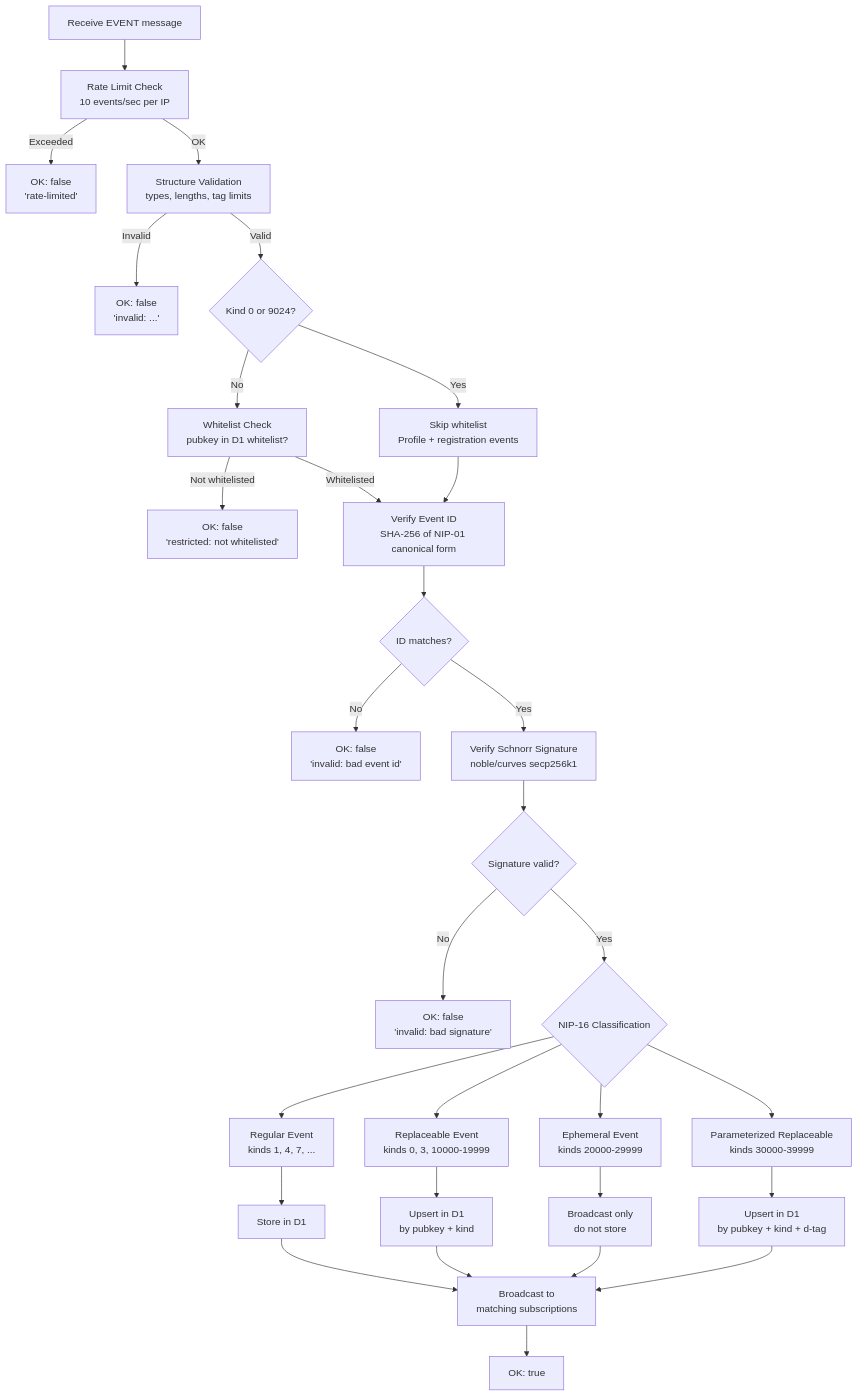
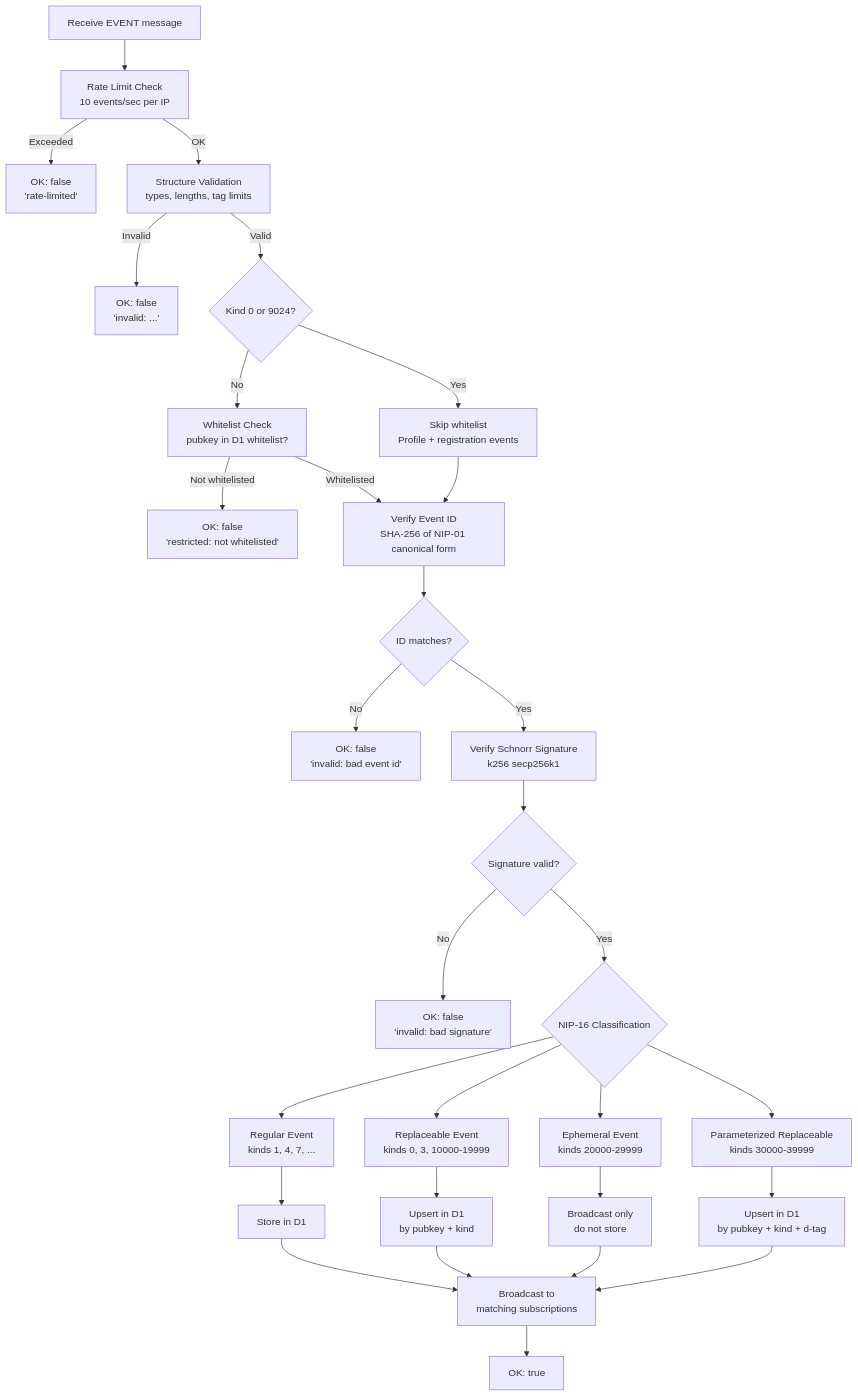
Before and after one commit to DreamLab-AI/dreamlab-ai-website: the second of 4 diagrams in docs/api/NOSTR_RELAY.md, drawn with Mermaid. The commit also changed other lines of this file and 32 other files, not shown here.

````diff
--- a/docs/api/NOSTR_RELAY.md
+++ b/docs/api/NOSTR_RELAY.md
@@ -99,39 +101,39 @@
 ```mermaid
 flowchart TD
     RECEIVE[Receive EVENT message] --> RATE[Rate Limit Check<br/>10 events/sec per IP]
     RATE -- Exceeded --> REJECT_RATE["OK: false<br/>'rate-limited'"]
     RATE -- OK --> STRUCT[Structure Validation<br/>types, lengths, tag limits]
     STRUCT -- Invalid --> REJECT_STRUCT["OK: false<br/>'invalid: ...'"]
     STRUCT -- Valid --> KIND_CHECK{Kind 0 or 9024?}
 
     KIND_CHECK -- Yes --> SKIP_WL[Skip whitelist<br/>Profile + registration events]
     KIND_CHECK -- No --> WL[Whitelist Check<br/>pubkey in D1 whitelist?]
 
     WL -- Not whitelisted --> REJECT_WL["OK: false<br/>'restricted: not whitelisted'"]
     WL -- Whitelisted --> VERIFY_ID
     SKIP_WL --> VERIFY_ID
 
     VERIFY_ID[Verify Event ID<br/>SHA-256 of NIP-01 canonical form] --> ID_OK{ID matches?}
     ID_OK -- No --> REJECT_ID["OK: false<br/>'invalid: bad event id'"]
-    ID_OK -- Yes --> VERIFY_SIG[Verify Schnorr Signature<br/>noble/curves secp256k1]
+    ID_OK -- Yes --> VERIFY_SIG[Verify Schnorr Signature<br/>k256 secp256k1]
     VERIFY_SIG --> SIG_OK{Signature valid?}
     SIG_OK -- No --> REJECT_SIG["OK: false<br/>'invalid: bad signature'"]
 
     SIG_OK -- Yes --> NIP16{NIP-16 Classification}
 
     NIP16 --> REGULAR[Regular Event<br/>kinds 1, 4, 7, ...]
     NIP16 --> REPLACEABLE[Replaceable Event<br/>kinds 0, 3, 10000-19999]
     NIP16 --> EPHEMERAL[Ephemeral Event<br/>kinds 20000-29999]
     NIP16 --> PARAM_REPLACE[Parameterized Replaceable<br/>kinds 30000-39999]
 
     REGULAR --> STORE[Store in D1]
     REPLACEABLE --> UPSERT[Upsert in D1<br/>by pubkey + kind]
     EPHEMERAL --> BROADCAST_ONLY[Broadcast only<br/>do not store]
     PARAM_REPLACE --> UPSERT_D[Upsert in D1<br/>by pubkey + kind + d-tag]
 
     STORE --> BROADCAST[Broadcast to<br/>matching subscriptions]
     UPSERT --> BROADCAST
     BROADCAST_ONLY --> BROADCAST
     UPSERT_D --> BROADCAST
     BROADCAST --> OK_TRUE["OK: true"]
 ```
````
